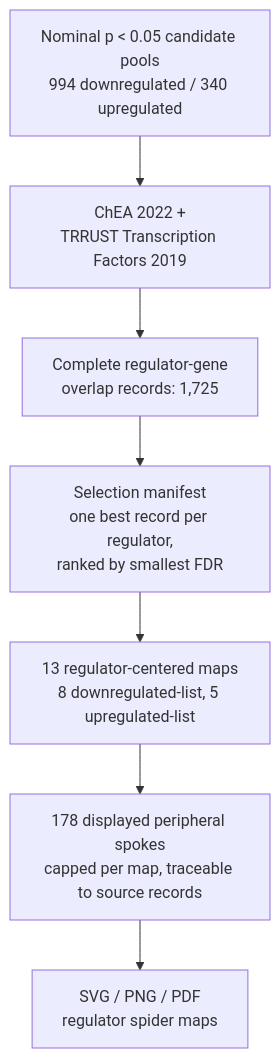
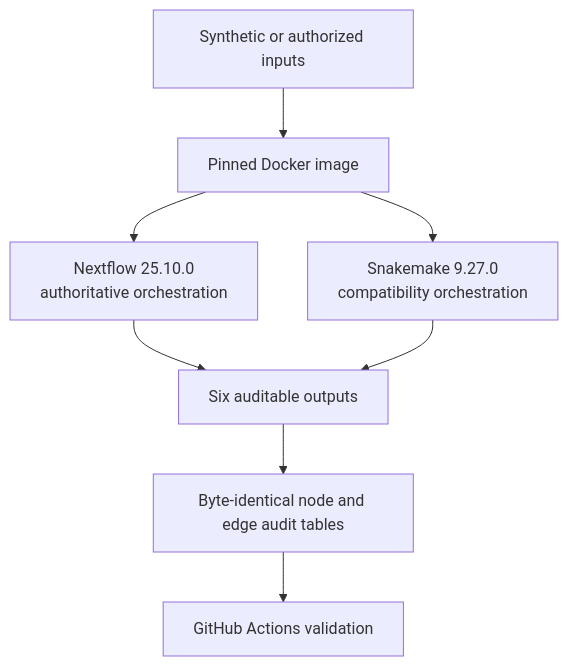
The second of 2 diagrams in README.md (mtariqi/wnt-beta-catenin-rnaseq-analysis), drawn with Mermaid before and after one commit. The commit also changed other lines of this file, not shown here.

````diff
--- a/README.md
+++ b/README.md
@@ -163,9 +227,10 @@
 ```mermaid
 flowchart TD
-    A["Nominal p < 0.05 candidate pools\n994 downregulated / 340 upregulated"] --> B["ChEA 2022 +\nTRRUST Transcription Factors 2019"]
-    B --> C["Complete regulator-gene\noverlap records: 1,725"]
-    C --> D["Selection manifest\none best record per regulator,\nranked by smallest FDR"]
-    D --> E["13 regulator-centered maps\n8 downregulated-list, 5 upregulated-list"]
-    E --> F["178 displayed peripheral spokes\ncapped per map, traceable to source records"]
-    F --> G["SVG / PNG / PDF\nregulator spider maps"]
+    A["Synthetic or authorized inputs"] --> B["Pinned Docker image"]
+    B --> C["Nextflow 25.10.0<br/>authoritative orchestration"]
+    B --> D["Snakemake 9.27.0<br/>compatibility orchestration"]
+    C --> E["Six auditable outputs"]
+    D --> E
+    E --> F["Byte-identical node and edge audit tables"]
+    F --> G["GitHub Actions validation"]
 ```
````
